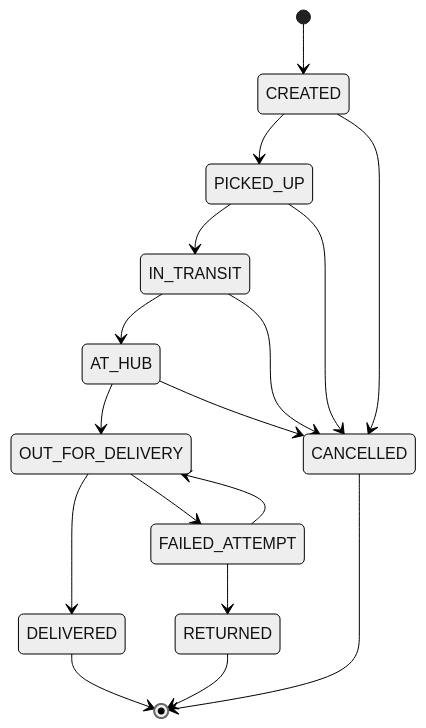
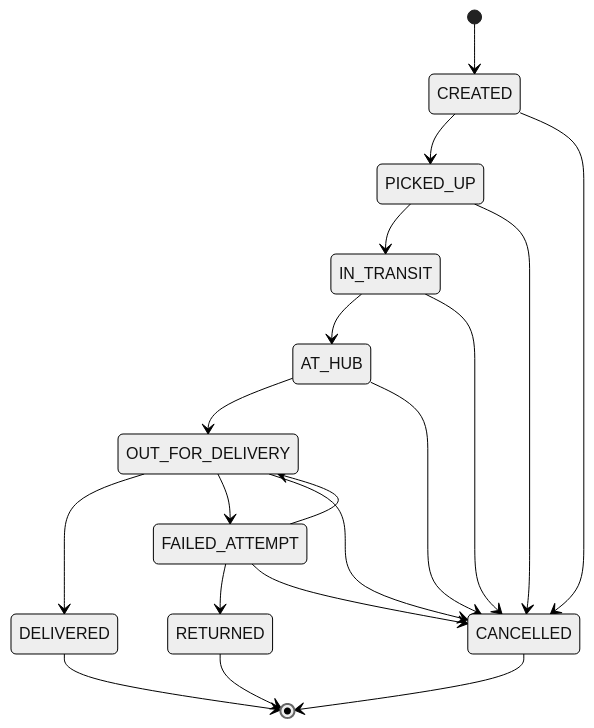
The second of 3 diagrams in README.md (qqrayzqq/CargoFlow), drawn with Mermaid (neutral theme) before and after one commit. The commit also changed 1 other file, not shown here.

Commit message:
fix: add CANCELLED transition from OUT_FOR_DELIVERY and FAILED_ATTEMPT

````diff
--- a/README.md
+++ b/README.md
@@ -60,21 +60,23 @@
 ```mermaid
 stateDiagram-v2
     [*] --> CREATED
     CREATED --> PICKED_UP
     PICKED_UP --> IN_TRANSIT
     IN_TRANSIT --> AT_HUB
     AT_HUB --> OUT_FOR_DELIVERY
     OUT_FOR_DELIVERY --> DELIVERED
     OUT_FOR_DELIVERY --> FAILED_ATTEMPT
     FAILED_ATTEMPT --> OUT_FOR_DELIVERY
     FAILED_ATTEMPT --> RETURNED
 
     CREATED --> CANCELLED
     PICKED_UP --> CANCELLED
     IN_TRANSIT --> CANCELLED
     AT_HUB --> CANCELLED
+    OUT_FOR_DELIVERY --> CANCELLED
+    FAILED_ATTEMPT --> CANCELLED
 
     DELIVERED --> [*]
     CANCELLED --> [*]
     RETURNED --> [*]
 ```
````
